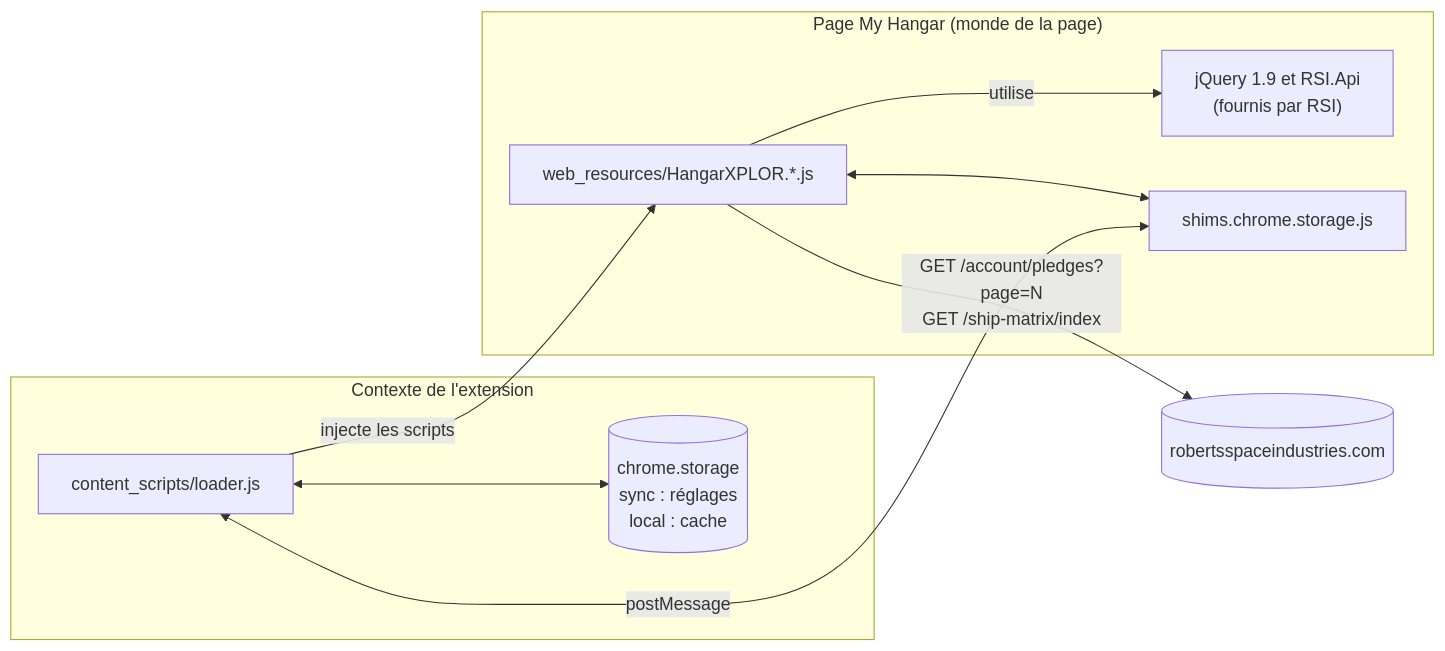
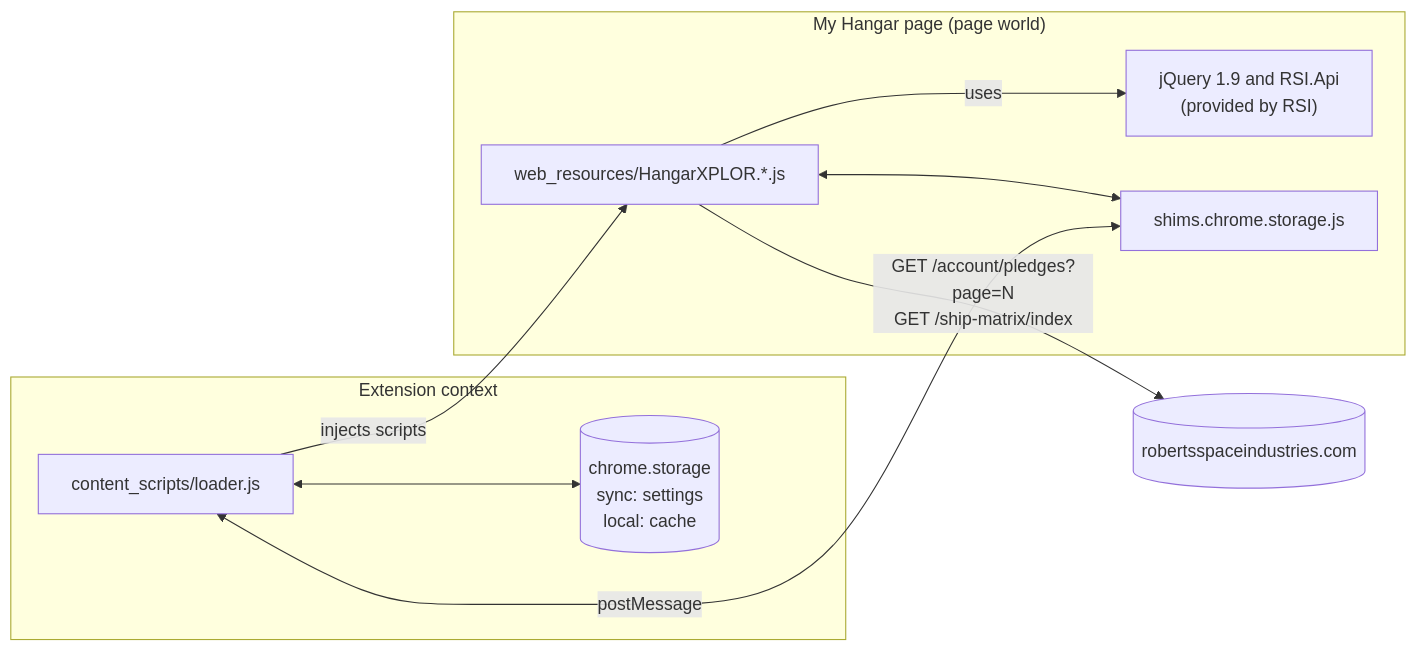
Before and after one commit to Sckriva/HangarXPLOR: the third of 4 diagrams in README.md, drawn with Mermaid. The commit also changed other lines of this file and 1 other file, not shown here.

````diff
--- a/README.md
+++ b/README.md
@@ -239,20 +256,20 @@
 ```mermaid
 flowchart LR
-    subgraph EXT["Contexte de l'extension"]
+    subgraph EXT["Extension context"]
         L["content_scripts/loader.js"]
-        ST[("chrome.storage<br/>sync : réglages<br/>local : cache")]
+        ST[("chrome.storage<br/>sync: settings<br/>local: cache")]
     end
-    subgraph PAGE["Page My Hangar (monde de la page)"]
-        J["jQuery 1.9 et RSI.Api<br/>(fournis par RSI)"]
+    subgraph PAGE["My Hangar page (page world)"]
+        J["jQuery 1.9 and RSI.Api<br/>(provided by RSI)"]
         H["web_resources/HangarXPLOR.*.js"]
         SH["shims.chrome.storage.js"]
     end
     RSI[("robertsspaceindustries.com")]
 
-    L -- "injecte les scripts" --> H
-    H -- "utilise" --> J
+    L -- "injects scripts" --> H
+    H -- "uses" --> J
     H -- "GET /account/pledges?page=N<br/>GET /ship-matrix/index" --> RSI
     H <--> SH
     SH <-- "postMessage" --> L
     L <--> ST
 ```
````
